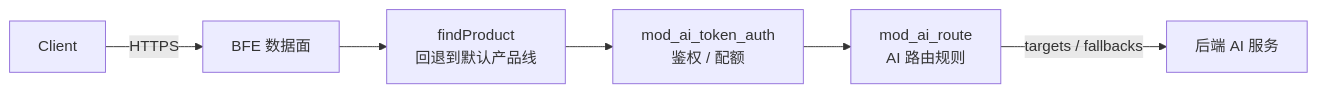
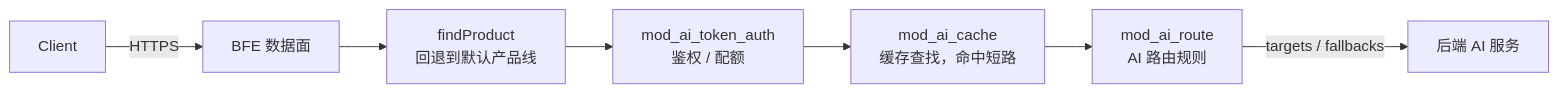
Before and after one commit to mileszhang2016/rainway-book: the first of 2 diagrams in design/chapter11-ai-route-rules.md, drawn with Mermaid. The commit also changed other lines of this file and 47 other files, not shown here.

````diff
--- a/design/chapter11-ai-route-rules.md
+++ b/design/chapter11-ai-route-rules.md
@@ -23,8 +24,9 @@
 ```mermaid
 flowchart LR
     Client -->|HTTPS| BFE[BFE 数据面]
     BFE --> findProduct[findProduct\n回退到默认产品线]
     findProduct --> mod_auth[mod_ai_token_auth<br/>鉴权 / 配额]
-    mod_auth --> mod_route[mod_ai_route<br/>AI 路由规则]
+    mod_auth --> mod_cache[mod_ai_cache<br/>缓存查找，命中短路]
+    mod_cache --> mod_route[mod_ai_route<br/>AI 路由规则]
     mod_route -->|targets / fallbacks| Backend[后端 AI 服务]
 ```
````
